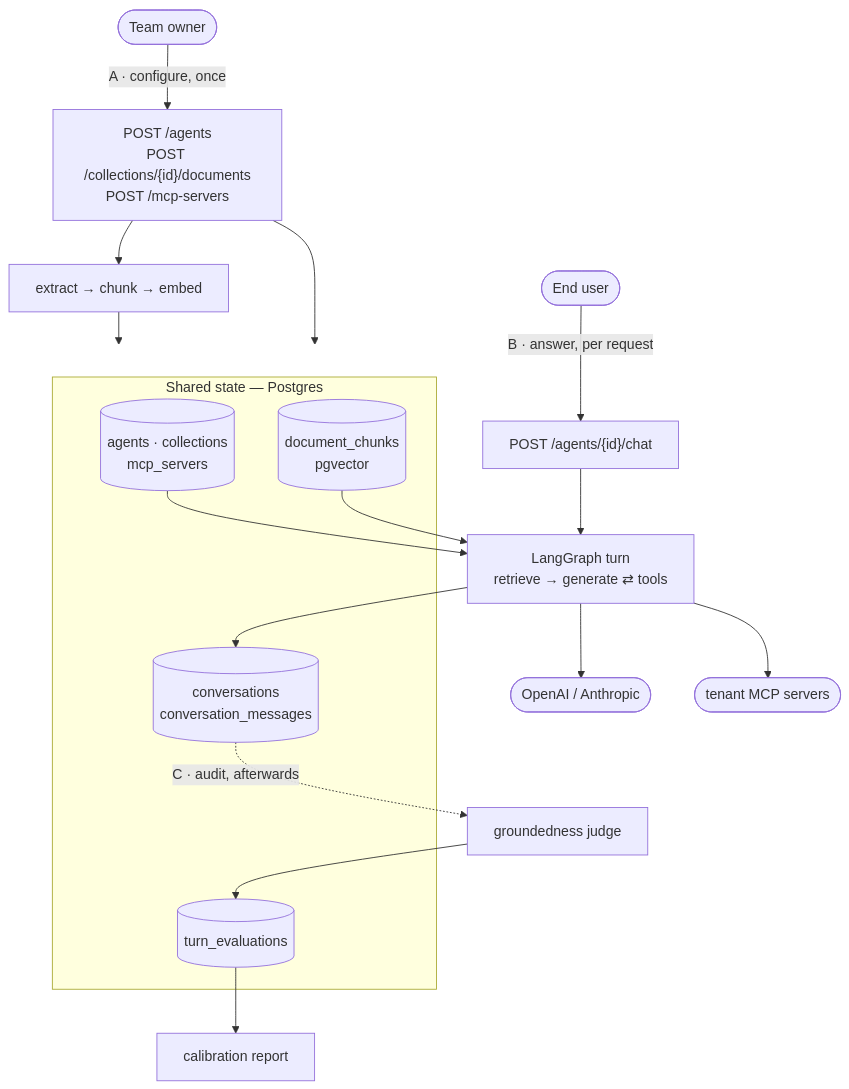
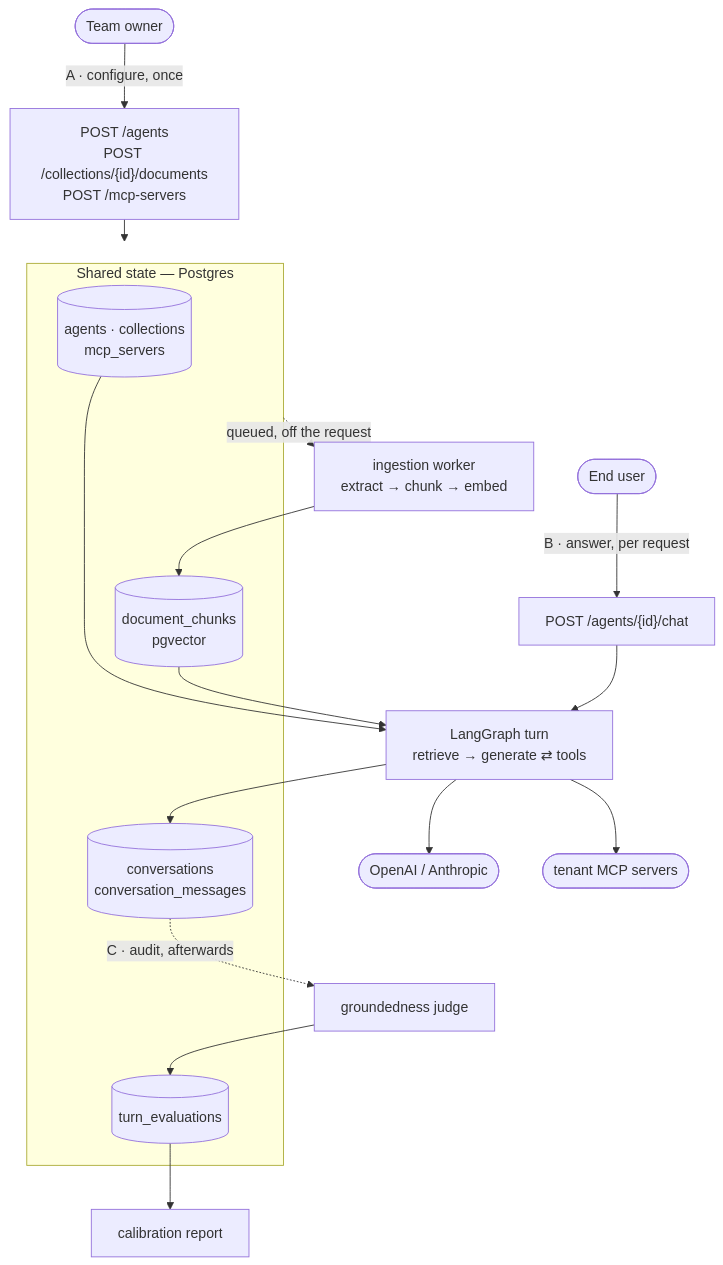
The first of 3 diagrams in README.md (umeshkedimi/enterprise-agentic-ai-platform), drawn with Mermaid before and after one commit. The commit also changed other lines of this file and 16 other files, not shown here.

````diff
--- a/README.md
+++ b/README.md
@@ -115,30 +116,30 @@
 ```mermaid
 flowchart TB
     TO(["Team owner"])
     EU(["End user"])
 
     TO -->|"A · configure, once"| CFG["POST /agents<br/>POST /collections/{id}/documents<br/>POST /mcp-servers"]
-    CFG --> ING["extract → chunk → embed"]
-
-    ING --> DB
     CFG --> DB
 
     subgraph DB["Shared state — Postgres"]
         CONFIG[("agents · collections<br/>mcp_servers")]
         VEC[("document_chunks<br/>pgvector")]
         TRANS[("conversations<br/>conversation_messages")]
         EVALS[("turn_evaluations")]
     end
+
+    DB -.->|"queued, off the request"| WORKER["ingestion worker<br/>extract → chunk → embed"]
+    WORKER --> VEC
 
     EU -->|"B · answer, per request"| CHAT["POST /agents/{id}/chat"]
     CHAT --> GRAPH["LangGraph turn<br/>retrieve → generate ⇄ tools"]
     CONFIG --> GRAPH
     VEC --> GRAPH
     GRAPH --> LLM(["OpenAI / Anthropic"])
     GRAPH --> REMOTE(["tenant MCP servers"])
     GRAPH --> TRANS
 
     TRANS -.->|"C · audit, afterwards"| JUDGE["groundedness judge"]
     JUDGE --> EVALS
     EVALS --> CAL["calibration report"]
 ```
````
